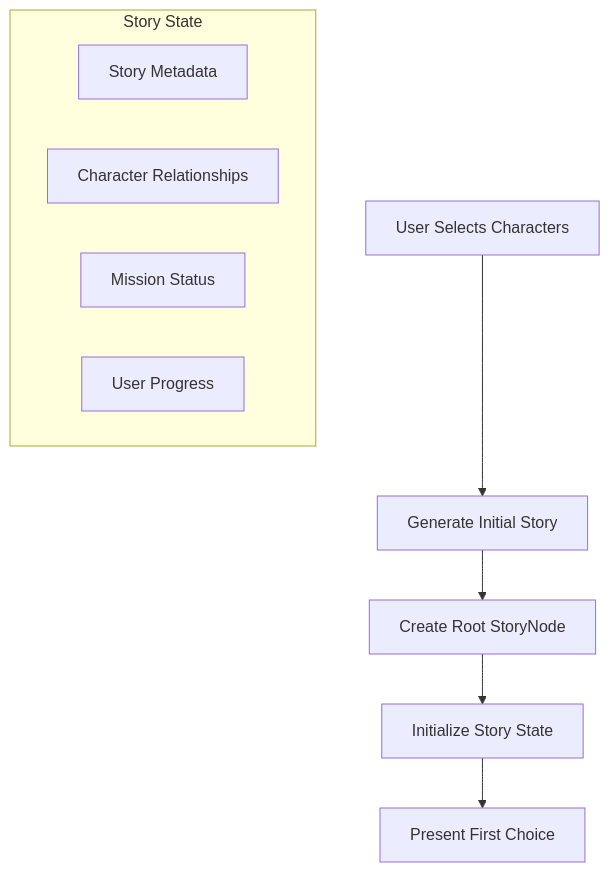
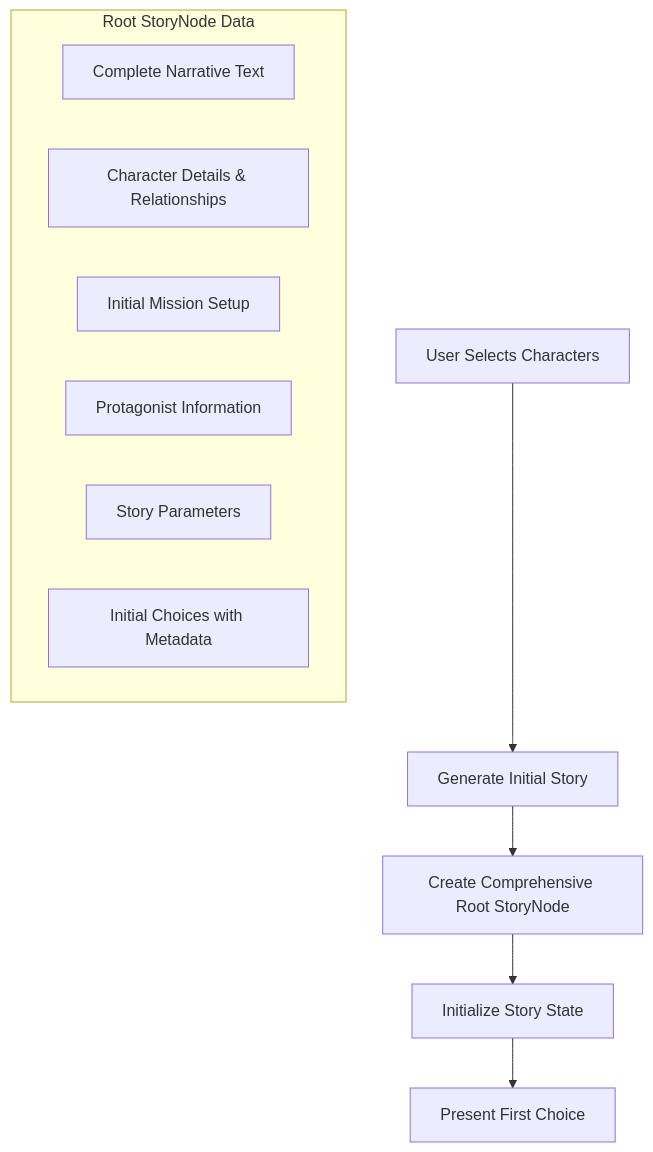
Before and after one commit to 82deutschmark/Spy-Story1: the first of 2 diagrams in docs/story_flow.md, drawn with Mermaid. The commit also changed other lines of this file and 21 other files, not shown here.

````diff
--- a/docs/story_flow.md
+++ b/docs/story_flow.md
@@ -9,14 +11,16 @@
 ```mermaid
 graph TD
     A[User Selects Characters] --> B[Generate Initial Story]
-    B --> C[Create Root StoryNode]
+    B --> C[Create Comprehensive Root StoryNode]
     C --> D[Initialize Story State]
     D --> E[Present First Choice]
 
-    subgraph Story State
-        F[Story Metadata]
-        G[Character Relationships]
-        H[Mission Status]
-        I[User Progress]
+    subgraph Root StoryNode Data
+        F[Complete Narrative Text]
+        G[Character Details & Relationships]
+        H[Initial Mission Setup]
+        I[Protagonist Information]
+        J[Story Parameters]
+        K[Initial Choices with Metadata]
     end
 ```
````
